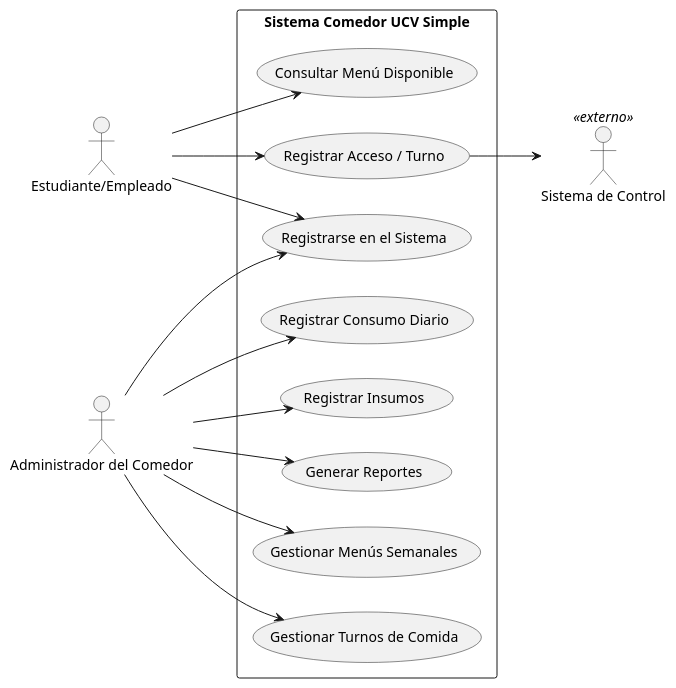
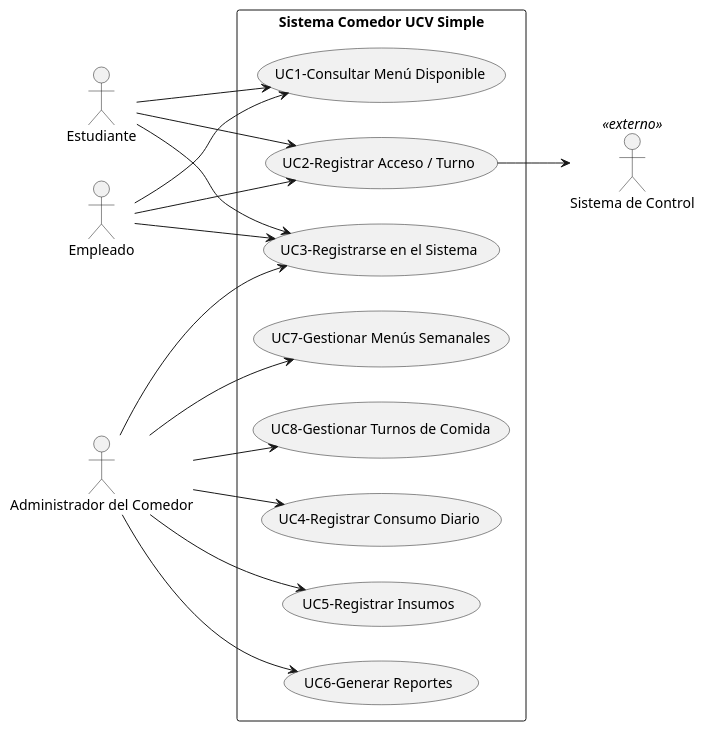
One commit to GodotCoffee28/PROYECTO-INGENIERIA-2025 changed the diagram in main/docs/modelo_caso_de _uso/modeloCasodeuso.puml. Above: the diagram before and after it, drawn with PlantUML.

Commit message:
cambio a puml

```diff
--- a/main/docs/modelo_caso_de _uso/modeloCasodeuso.puml
+++ b/main/docs/modelo_caso_de _uso/modeloCasodeuso.puml
@@ -1,38 +1,42 @@
-@startuml Diagrama_caso_de_uso
+@startuml UseCase
 left to right direction
 
-
 ' Actores
-actor "Estudiante/Empleado" as Usuario
+actor "Estudiante" as Usuario1
+actor "Empleado" as Usuario2
 actor "Administrador del Comedor" as Admin
 actor "Sistema de Control" as Sistema <<externo>>
 
 rectangle "Sistema Comedor UCV Simple" {
     
     ' Casos de Uso del Usuario
-    usecase "Registrarse en el Sistema" as UC_Registro
-    usecase "Consultar Menú Disponible" as UC_ConsultarMenu
-    usecase "Registrar Acceso / Turno" as UC_RegAcceso
+    usecase "UC3-Registrarse en el Sistema" as UC_Registro
+    usecase "UC1-Consultar Menú Disponible" as UC_ConsultarMenu
+    usecase "UC2-Registrar Acceso / Turno" as UC_RegAcceso
     
     'Casos de Uso del Administrador
-    usecase "Gestionar Menús Semanales" as UC_GestionarMenu
-    usecase "Gestionar Turnos de Comida" as UC_GestionarTurnos
-    usecase "Registrar Consumo Diario" as UC_RegConsumo
-    usecase "Registrar Insumos" as UC_RegInsumos
-    usecase "Generar Reportes" as UC_Reportes
+    usecase "UC7-Gestionar Menús Semanales" as UC_GestionarMenu
+    usecase "UC8-Gestionar Turnos de Comida" as UC_GestionarTurnos
+    usecase "UC4-Registrar Consumo Diario" as UC_RegConsumo
+    usecase "UC5-Registrar Insumos" as UC_RegInsumos
+    usecase "UC6-Generar Reportes" as UC_Reportes
 
     ' Relaciones (Asociaciones)
-    Usuario --> UC_Registro
-    Usuario --> UC_ConsultarMenu
-    Usuario --> UC_RegAcceso
+    Usuario1 --> UC_Registro
+    Usuario1 --> UC_ConsultarMenu
+    Usuario1 --> UC_RegAcceso
+
+    Usuario2 --> UC_Registro
+    Usuario2 --> UC_ConsultarMenu
+    Usuario2 --> UC_RegAcceso
     
     Admin --> UC_GestionarMenu
     Admin --> UC_GestionarTurnos
     Admin --> UC_RegConsumo
     Admin --> UC_RegInsumos
     Admin --> UC_Reportes
     Admin --> UC_Registro
     
     UC_RegAcceso --> Sistema
 }
 @enduml
```
